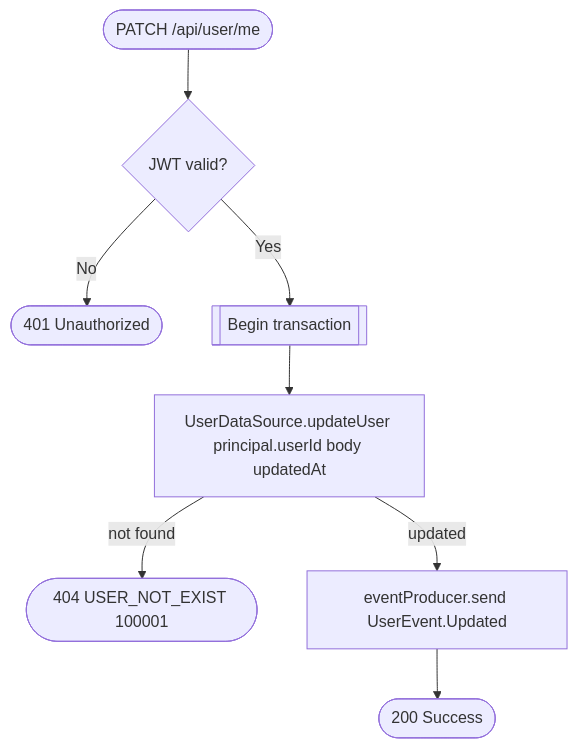
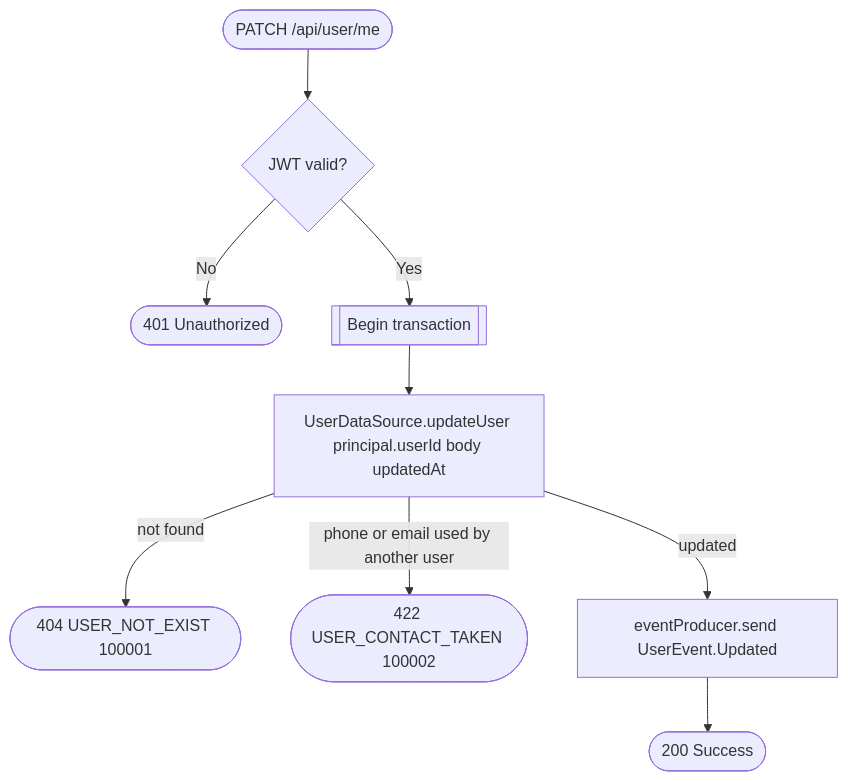
The diagram in docs/operations/user/update-user.md (nocturneproperties/bookkme), drawn with Mermaid before and after one commit. The commit also changed other lines of this file and 69 other files, not shown here.

````diff
--- a/docs/operations/user/update-user.md
+++ b/docs/operations/user/update-user.md
@@ -9,10 +11,11 @@
 ```mermaid
 flowchart TD
     Start([PATCH /api/user/me]) --> Auth{JWT valid?}
     Auth -- No --> R401([401 Unauthorized])
     Auth -- Yes --> Tx[[Begin transaction]]
     Tx --> Update[UserDataSource.updateUser principal.userId body updatedAt]
     Update -- not found --> R404([404 USER_NOT_EXIST 100001])
+    Update -- phone or email used by another user --> R422([422 USER_CONTACT_TAKEN 100002])
     Update -- updated --> Event[eventProducer.send UserEvent.Updated]
     Event --> R200([200 Success])
 ```
````
